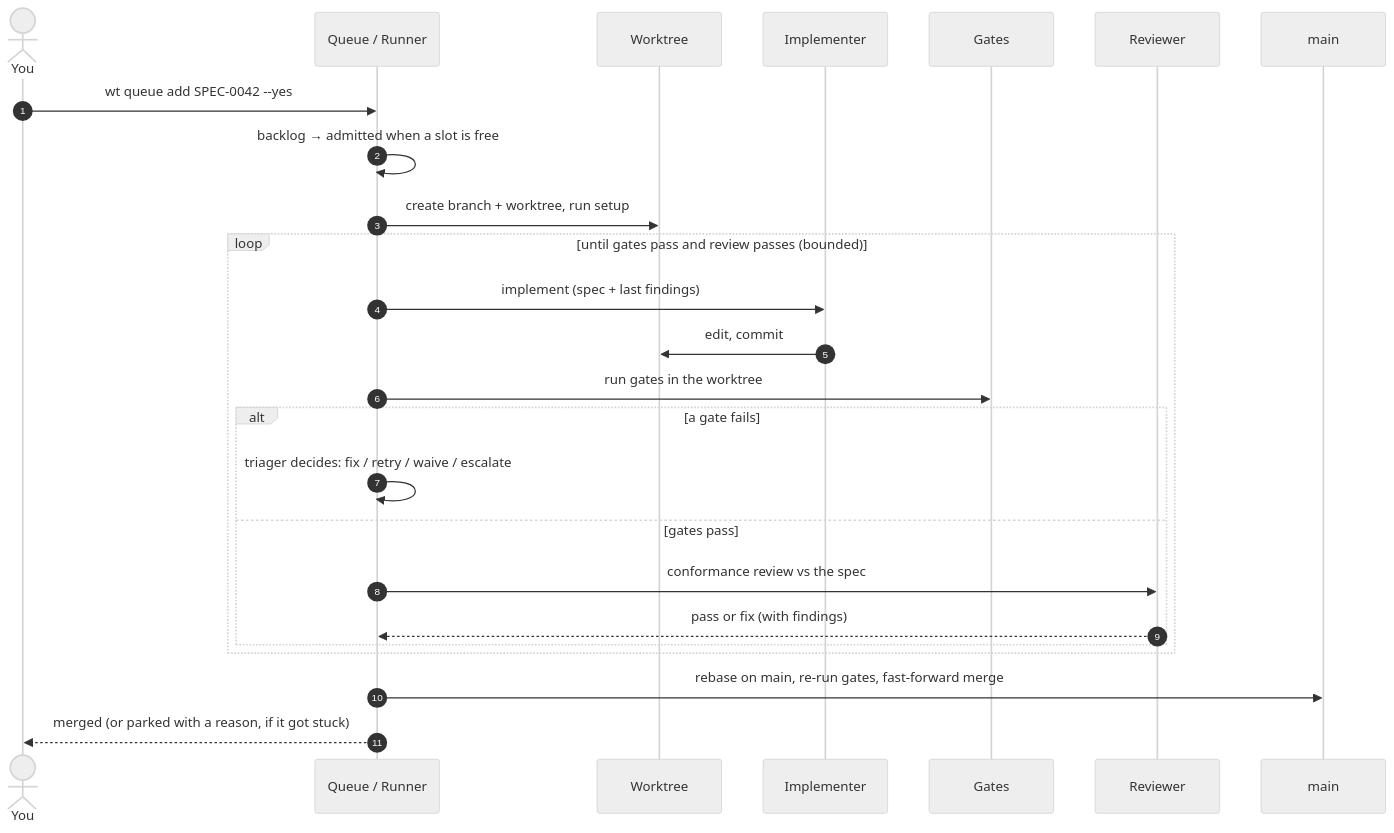
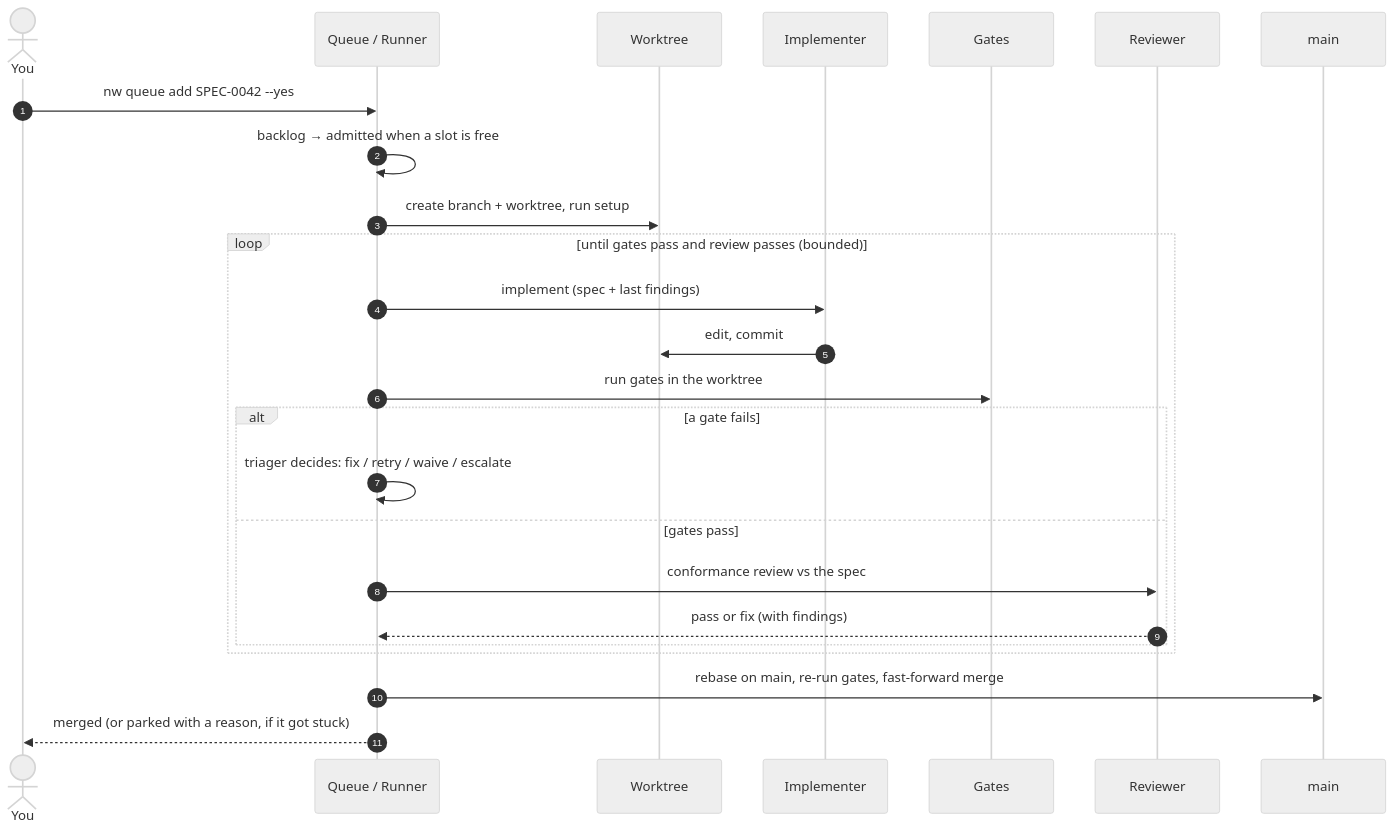
One commit to brunosmmm/nightwright changed the second of 2 diagrams in docs/product/loop/index.md. Above: the diagram before and after it, drawn with Mermaid (neutral theme). The commit also changed other lines of this file and 495 other files, not shown here.

First line of the commit message:
Rename wt to nightwright (CLI nw): package, CLI, env, dirs, skills, docs (SPEC-0330)

````diff
--- a/docs/product/loop/index.md
+++ b/docs/product/loop/index.md
@@ -59,28 +59,28 @@
 ```mermaid
 sequenceDiagram
     autonumber
     actor You
     participant Q as Queue / Runner
-    participant WT as Worktree
+    participant NIGHTWRIGHT as Worktree
     participant I as Implementer
     participant G as Gates
     participant Rv as Reviewer
     participant M as main
 
-    You->>Q: wt queue add SPEC-0042 --yes
+    You->>Q: nw queue add SPEC-0042 --yes
     Q->>Q: backlog → admitted when a slot is free
-    Q->>WT: create branch + worktree, run setup
+    Q->>NIGHTWRIGHT: create branch + worktree, run setup
     loop until gates pass and review passes (bounded)
         Q->>I: implement (spec + last findings)
-        I->>WT: edit, commit
+        I->>NIGHTWRIGHT: edit, commit
         Q->>G: run gates in the worktree
         alt a gate fails
             Q->>Q: triager decides: fix / retry / waive / escalate
         else gates pass
             Q->>Rv: conformance review vs the spec
             Rv-->>Q: pass or fix (with findings)
         end
     end
     Q->>M: rebase on main, re-run gates, fast-forward merge
     Q-->>You: merged (or parked with a reason, if it got stuck)
 ```
````
